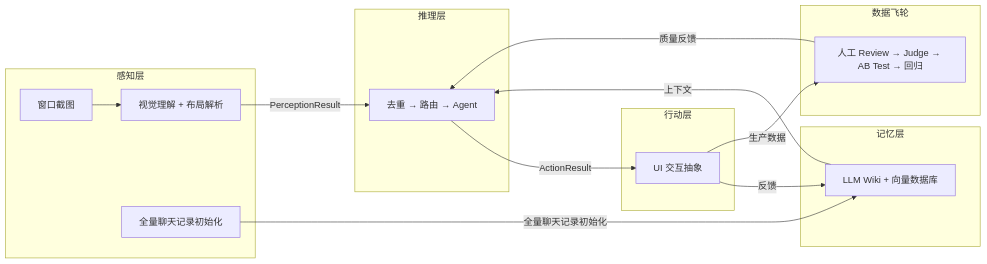
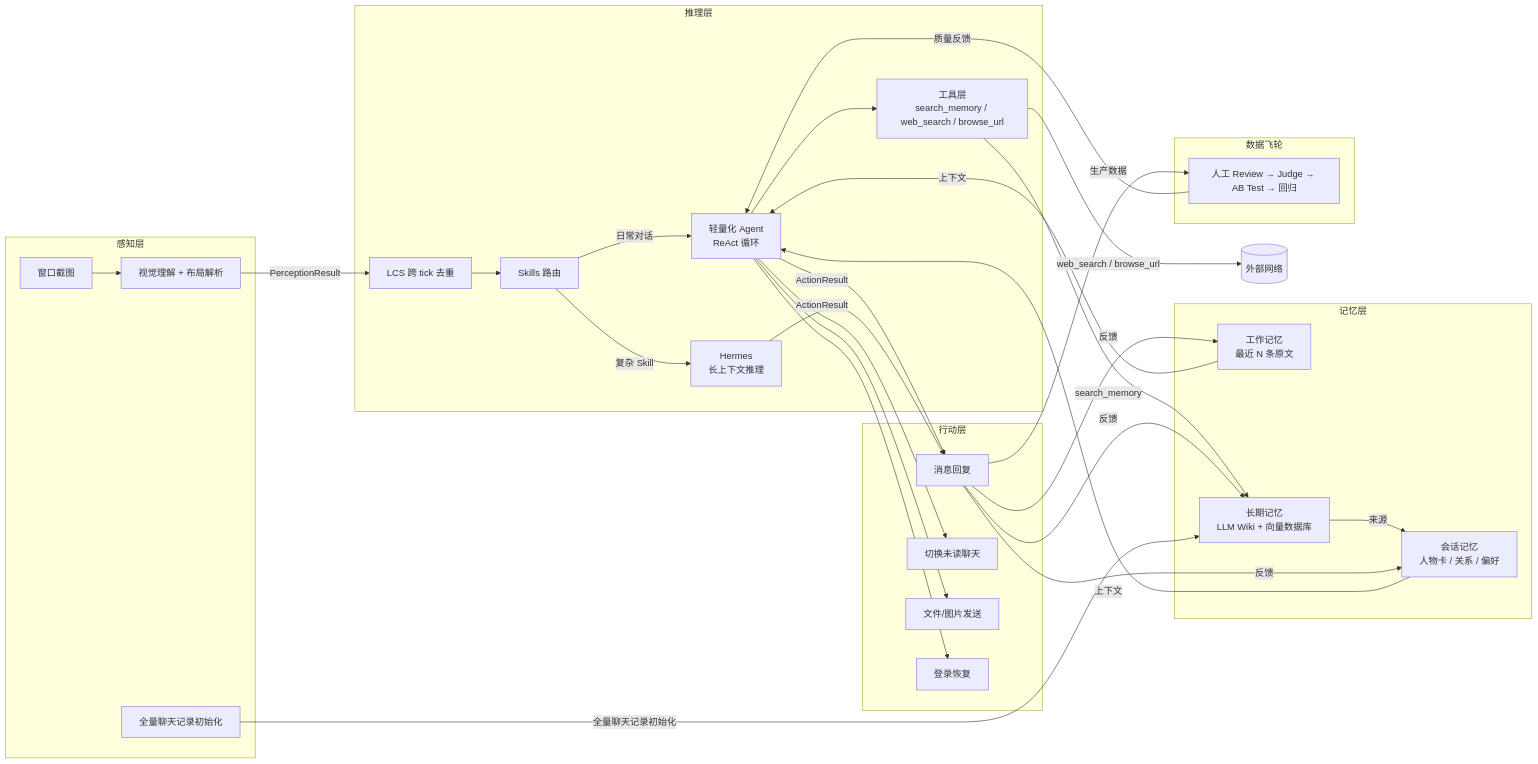
One commit to 899ms/wechat-mac-rpa changed the first of 6 diagrams in README.md. Above: the diagram before and after it, drawn with Mermaid.

Commit message:
docs: detail the architecture overview diagram (#33)
细化系统架构总览图：\n- 推理层：LCS 去重 / Skills 路由 / 轻量化 Agent / Hermes / 工具层\n- 行动层：消息回复 / 切换未读聊天 / 文件图片发送 / 登录恢复\n- 记忆层：工作记忆 / 会话记忆 / 长期记忆\n- 工具层 search_memory 连接到长期记忆\n- Agent/Hermes 输出 ActionResult 到消息回复

````diff
--- a/README.md
+++ b/README.md
@@ -45,33 +45,61 @@
 ```mermaid
 graph LR
     subgraph Perception["感知层"]
         C[窗口截图]
         P[视觉理解 + 布局解析]
         W[全量聊天记录初始化]
     end
 
     subgraph Reasoning["推理层"]
-        R[去重 → 路由 → Agent]
+        Dedup[LCS 跨 tick 去重]
+        Router[Skills 路由]
+        Agent[轻量化 Agent<br/>ReAct 循环]
+        Hermes[Hermes<br/>长上下文推理]
+        Tools[工具层<br/>search_memory / web_search / browse_url]
     end
 
     subgraph Action["行动层"]
-        A[UI 交互抽象]
+        Reply[消息回复]
+        Switch[切换未读聊天]
+        File[文件/图片发送]
+        Recovery[登录恢复]
     end
 
     subgraph Memory["记忆层"]
-        M[LLM Wiki + 向量数据库]
+        WM[工作记忆<br/>最近 N 条原文]
+        SM[会话记忆<br/>人物卡 / 关系 / 偏好]
+        LM[长期记忆<br/>LLM Wiki + 向量数据库]
     end
 
     subgraph Flywheel["数据飞轮"]
         D[人工 Review → Judge → AB Test → 回归]
     end
 
     C --> P
-    P -->|PerceptionResult| R
-    R -->|ActionResult| A
-    A -->|反馈| M
-    M -->|上下文| R
-    W -->|全量聊天记录初始化| M
-    A -->|生产数据| D
-    D -->|质量反馈| R
+    P -->|PerceptionResult| Dedup
+    Dedup --> Router
+    Router -->|日常对话| Agent
+    Router -->|复杂 Skill| Hermes
+
+    Agent --> Tools
+    Tools -->|search_memory| LM
+    Tools -->|web_search / browse_url| Web[(外部网络)]
+
+    WM -->|上下文| Agent
+    SM -->|上下文| Agent
+    LM -->|来源| SM
+
+    Agent -->|ActionResult| Reply
+    Hermes -->|ActionResult| Reply
+    Agent --> Switch
+    Agent --> Recovery
+    Agent --> File
+
+    Reply -->|反馈| WM
+    Reply -->|反馈| SM
+    Reply -->|反馈| LM
+    W -->|全量聊天记录初始化| LM
+
+    Reply -->|生产数据| D
+    D -->|质量反馈| Agent
 ```
````
